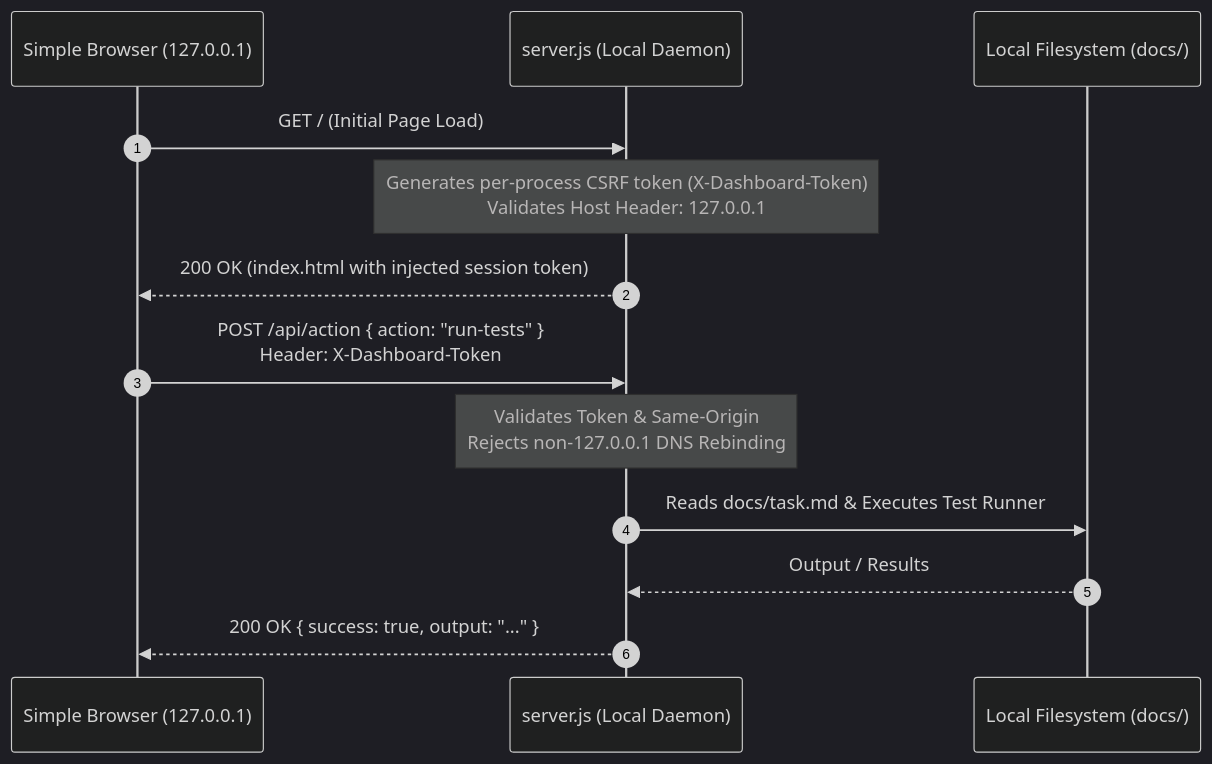
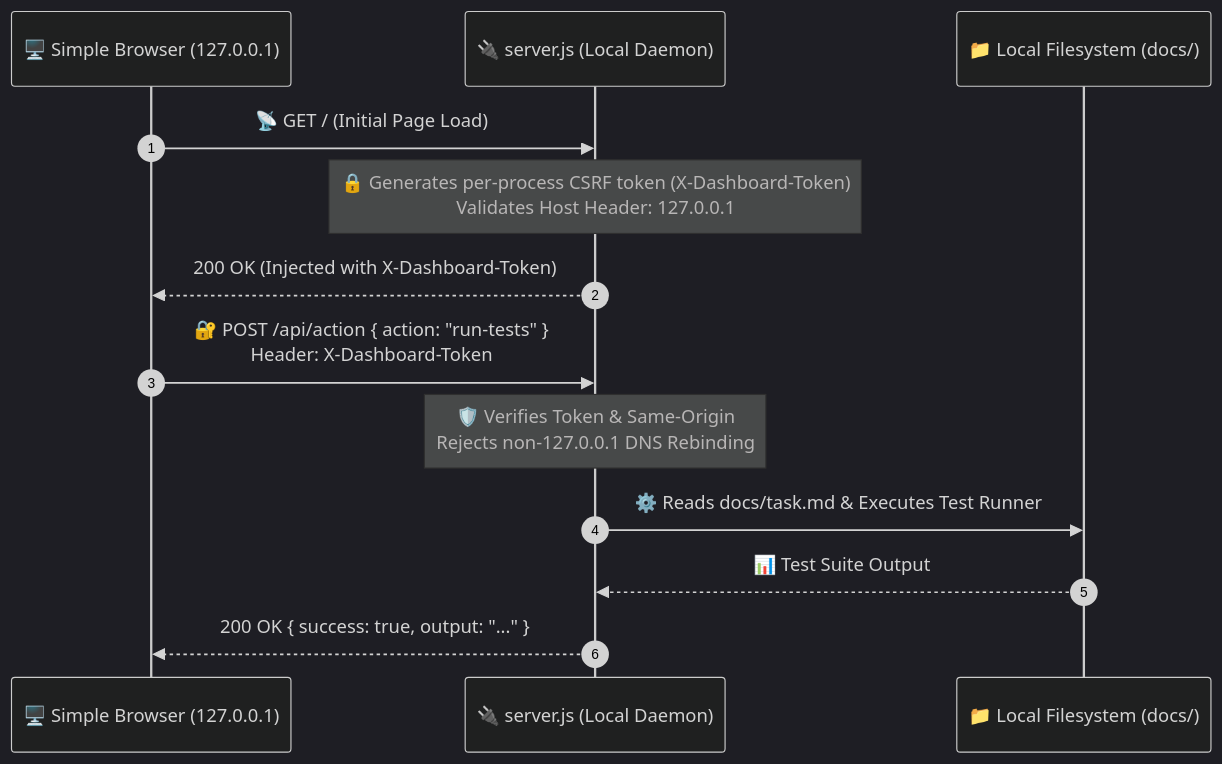
The fifth of 5 diagrams in PROJECT-MANAGER-DASHBOARD-GUIDE.md (rmsofficialsyt/Agentic-AI-Vibe-Coding-AND-SDD-TDD-Codebase-Chandan-Adhikary), drawn with Mermaid (dark theme) before and after one commit. The commit also changed other lines of this file and 23 other files, not shown here.

Commit message:
docs: redesign diagrams to Eraser.io visual style and regenerate MANIFEST.json

````diff
--- a/PROJECT-MANAGER-DASHBOARD-GUIDE.md
+++ b/PROJECT-MANAGER-DASHBOARD-GUIDE.md
@@ -251,17 +266,17 @@
 ```mermaid
 sequenceDiagram
     autonumber
-    participant Client as Simple Browser (127.0.0.1)
-    participant Server as server.js (Local Daemon)
-    participant FS as Local Filesystem (docs/)
+    participant Client as 🖥️ Simple Browser (127.0.0.1)
+    participant Server as 🔌 server.js (Local Daemon)
+    participant FS as 📁 Local Filesystem (docs/)
 
-    Client->>Server: GET / (Initial Page Load)
-    Note over Server: Generates per-process CSRF token (X-Dashboard-Token)<br/>Validates Host Header: 127.0.0.1
-    Server-->>Client: 200 OK (index.html with injected session token)
+    Client->>Server: 📡 GET / (Initial Page Load)
+    Note over Server: 🔒 Generates per-process CSRF token (X-Dashboard-Token)<br/>Validates Host Header: 127.0.0.1
+    Server-->>Client: 200 OK (Injected with X-Dashboard-Token)
 
-    Client->>Server: POST /api/action { action: "run-tests" }<br/>Header: X-Dashboard-Token
-    Note over Server: Validates Token & Same-Origin<br/>Rejects non-127.0.0.1 DNS Rebinding
-    Server->>FS: Reads docs/task.md & Executes Test Runner
-    FS-->>Server: Output / Results
+    Client->>Server: 🔐 POST /api/action { action: "run-tests" }<br/>Header: X-Dashboard-Token
+    Note over Server: 🛡️ Verifies Token & Same-Origin<br/>Rejects non-127.0.0.1 DNS Rebinding
+    Server->>FS: ⚙️ Reads docs/task.md & Executes Test Runner
+    FS-->>Server: 📊 Test Suite Output
     Server-->>Client: 200 OK { success: true, output: "..." }
 ```
````
